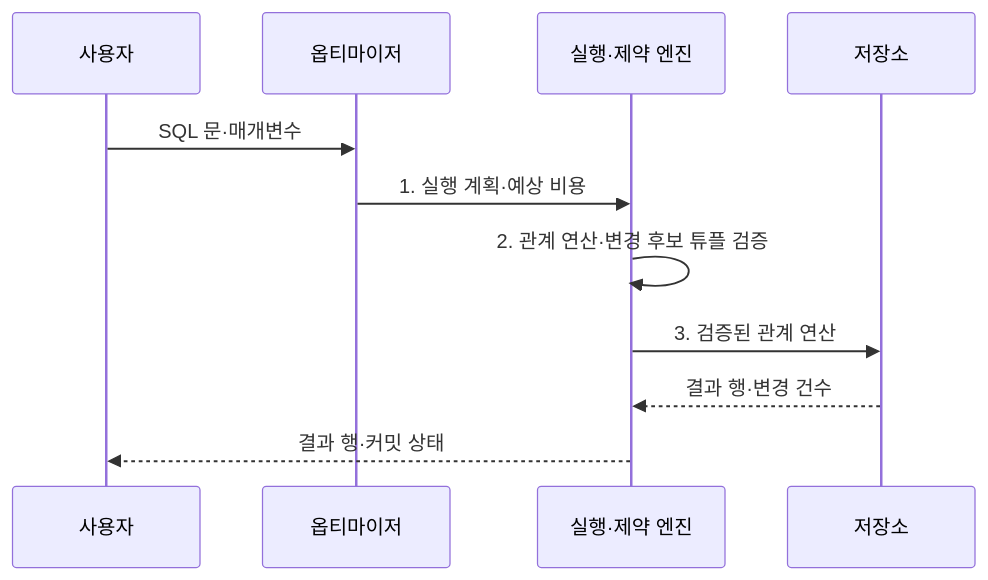
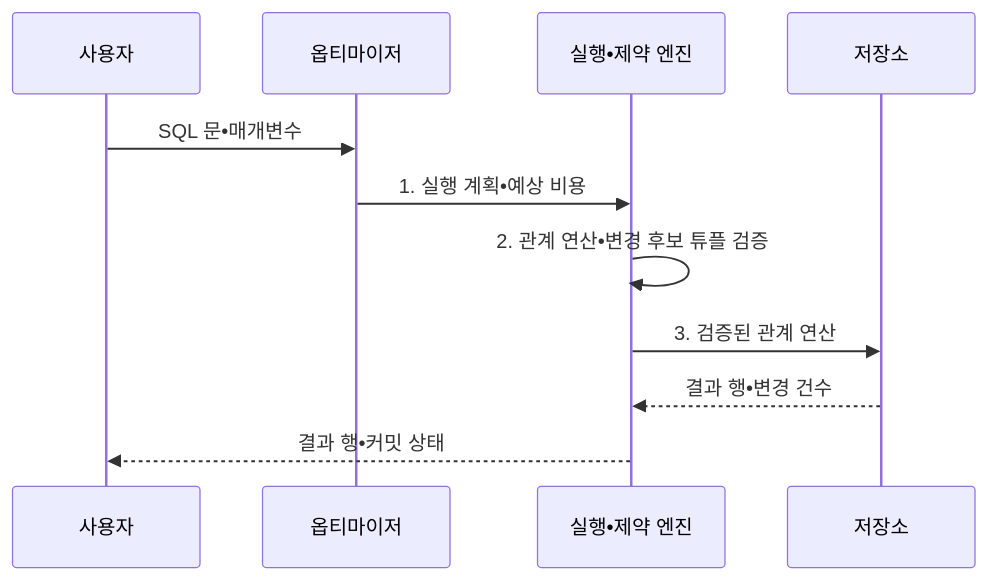
Before and after one commit to agnusdei1207/knowledge-base: the second of 2 diagrams in src/content/docs/notes/03-software/084_relational_database.md, drawn with Mermaid. The commit also changed other lines of this file and 953 other files, not shown here.

````diff
--- a/src/content/docs/notes/03-software/084_relational_database.md
+++ b/src/content/docs/notes/03-software/084_relational_database.md
@@ -103,13 +103,13 @@
 ```mermaid
 sequenceDiagram
     participant U as 사용자
     participant O as 옵티마이저
-    participant E as 실행·제약 엔진
+    participant E as 실행•제약 엔진
     participant S as 저장소
-    U->>O: SQL 문·매개변수
-    O->>E: 1. 실행 계획·예상 비용
-    E->>E: 2. 관계 연산·변경 후보 튜플 검증
+    U->>O: SQL 문•매개변수
+    O->>E: 1. 실행 계획•예상 비용
+    E->>E: 2. 관계 연산•변경 후보 튜플 검증
     E->>S: 3. 검증된 관계 연산
-    S-->>E: 결과 행·변경 건수
-    E-->>U: 결과 행·커밋 상태
+    S-->>E: 결과 행•변경 건수
+    E-->>U: 결과 행•커밋 상태
 ```
````
